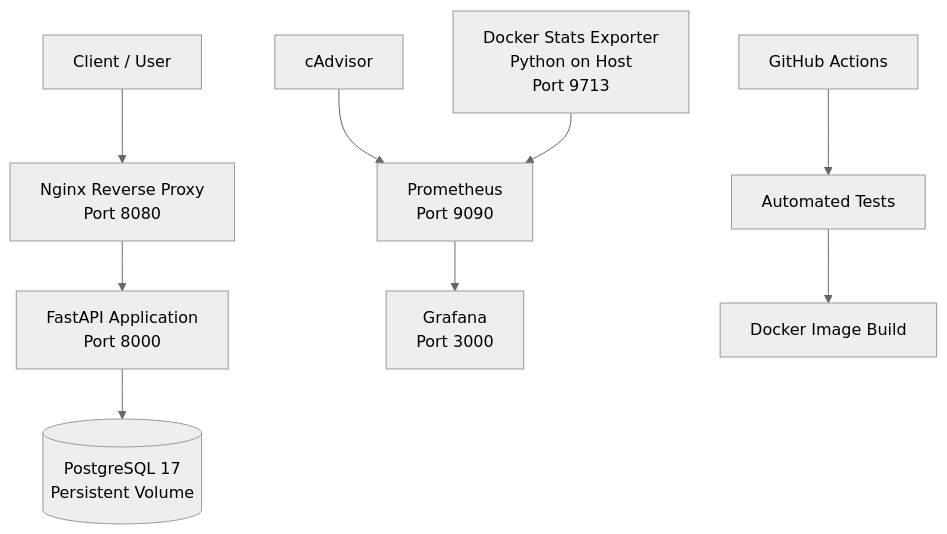
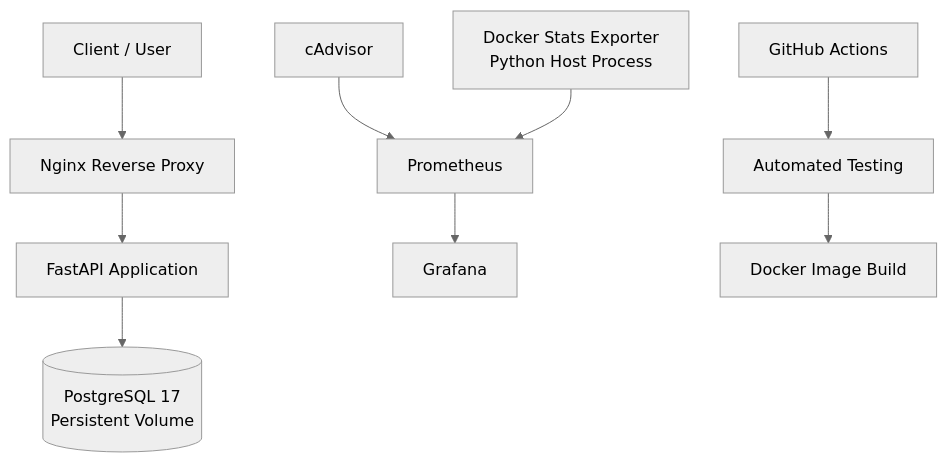
The diagram in README.md (defrisdoloksaribu/docker-multi-container-platform), drawn with Mermaid (neutral theme) before and after one commit. The commit also changed other lines of this file, not shown here.

````diff
--- a/README.md
+++ b/README.md
@@ -49,27 +46,27 @@
 ```mermaid
 flowchart TB
     U["Client / User"]
-    N["Nginx Reverse Proxy<br/>Port 8080"]
-    A["FastAPI Application<br/>Port 8000"]
+    N["Nginx Reverse Proxy"]
+    A["FastAPI Application"]
     D[("PostgreSQL 17<br/>Persistent Volume")]
 
     CA["cAdvisor"]
-    E["Docker Stats Exporter<br/>Python on Host<br/>Port 9713"]
-    P["Prometheus<br/>Port 9090"]
-    G["Grafana<br/>Port 3000"]
+    E["Docker Stats Exporter<br/>Python Host Process"]
+    P["Prometheus"]
+    G["Grafana"]
 
     GH["GitHub Actions"]
-    T["Automated Tests"]
+    T["Automated Testing"]
     B["Docker Image Build"]
 
     U --> N
     N --> A
     A --> D
 
     CA --> P
     E --> P
     P --> G
 
     GH --> T
     T --> B
 ```
````
